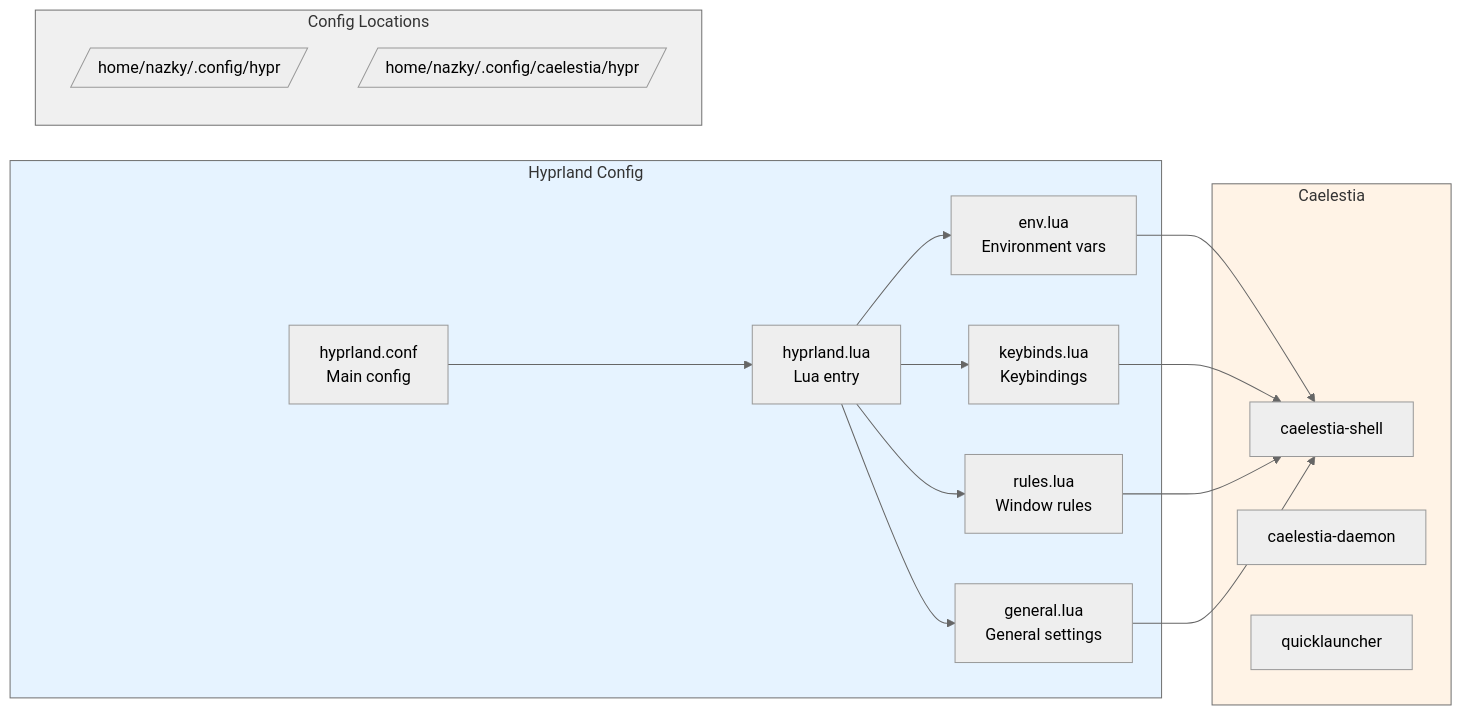
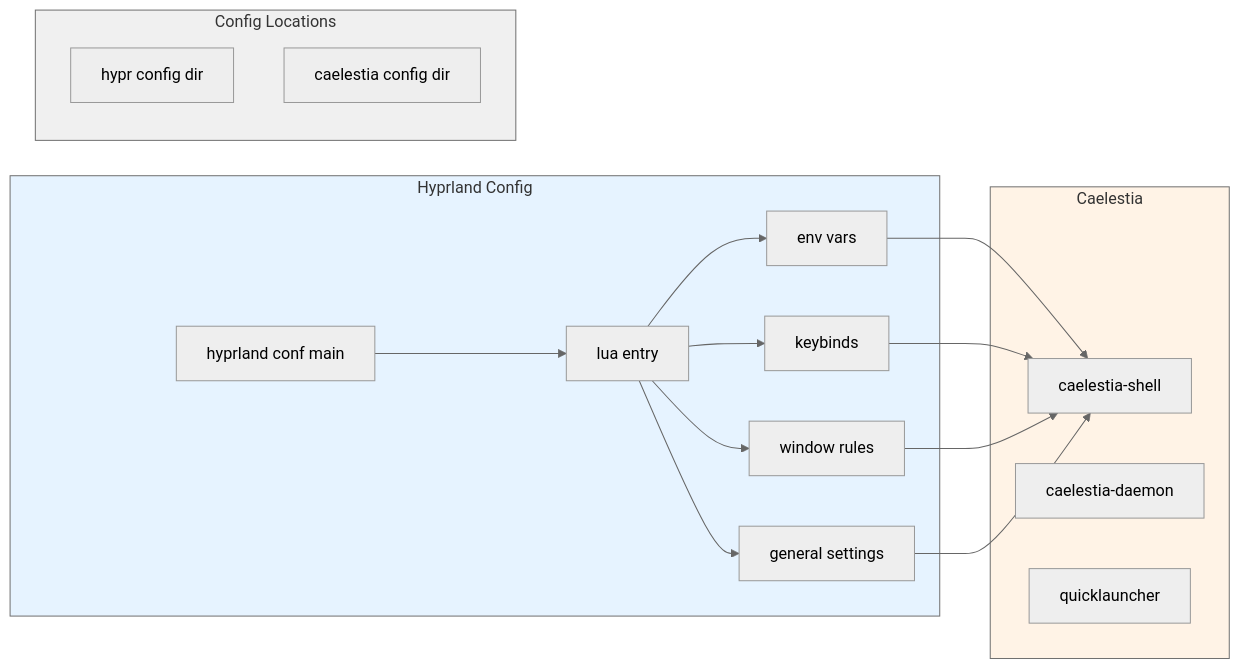
One commit to 444Nazky/My-Vault changed the second of 5 diagrams in System/System-Architecture.md. Above: the diagram before and after it, drawn with Mermaid (neutral theme). The commit also changed other lines of this file and 8 other files, not shown here.

````diff
--- a/System/System-Architecture.md
+++ b/System/System-Architecture.md
@@ -60,37 +60,37 @@
 ```mermaid
 graph LR
     subgraph Config["Hyprland Config"]
-        A[hyprland.conf<br/>Main config]
-        B[hyprland.lua<br/>Lua entry]
-        C[env.lua<br/>Environment vars]
-        D[keybinds.lua<br/>Keybindings]
-        E[rules.lua<br/>Window rules]
-        F[general.lua<br/>General settings]
+        A["hyprland conf main"]
+        B["lua entry"]
+        C["env vars"]
+        D["keybinds"]
+        E["window rules"]
+        F["general settings"]
     end
 
     subgraph Caelestia["Caelestia"]
         G[caelestia-shell]
         H[caelestia-daemon]
         I[quicklauncher]
     end
 
     subgraph Sources["Config Locations"]
-        L1[/home/nazky/.config/hypr/]
-        L2[/home/nazky/.config/caelestia/hypr/]
+        L1["hypr config dir"]
+        L2["caelestia config dir"]
     end
 
     A --> B
     B --> C
     B --> D
     B --> E
     B --> F
 
     C --> G
     D --> G
     E --> G
     F --> G
 
     style Config fill:#e6f3ff
     style Caelestia fill:#fff3e6
     style Sources fill:#f0f0f0
 ```
````
